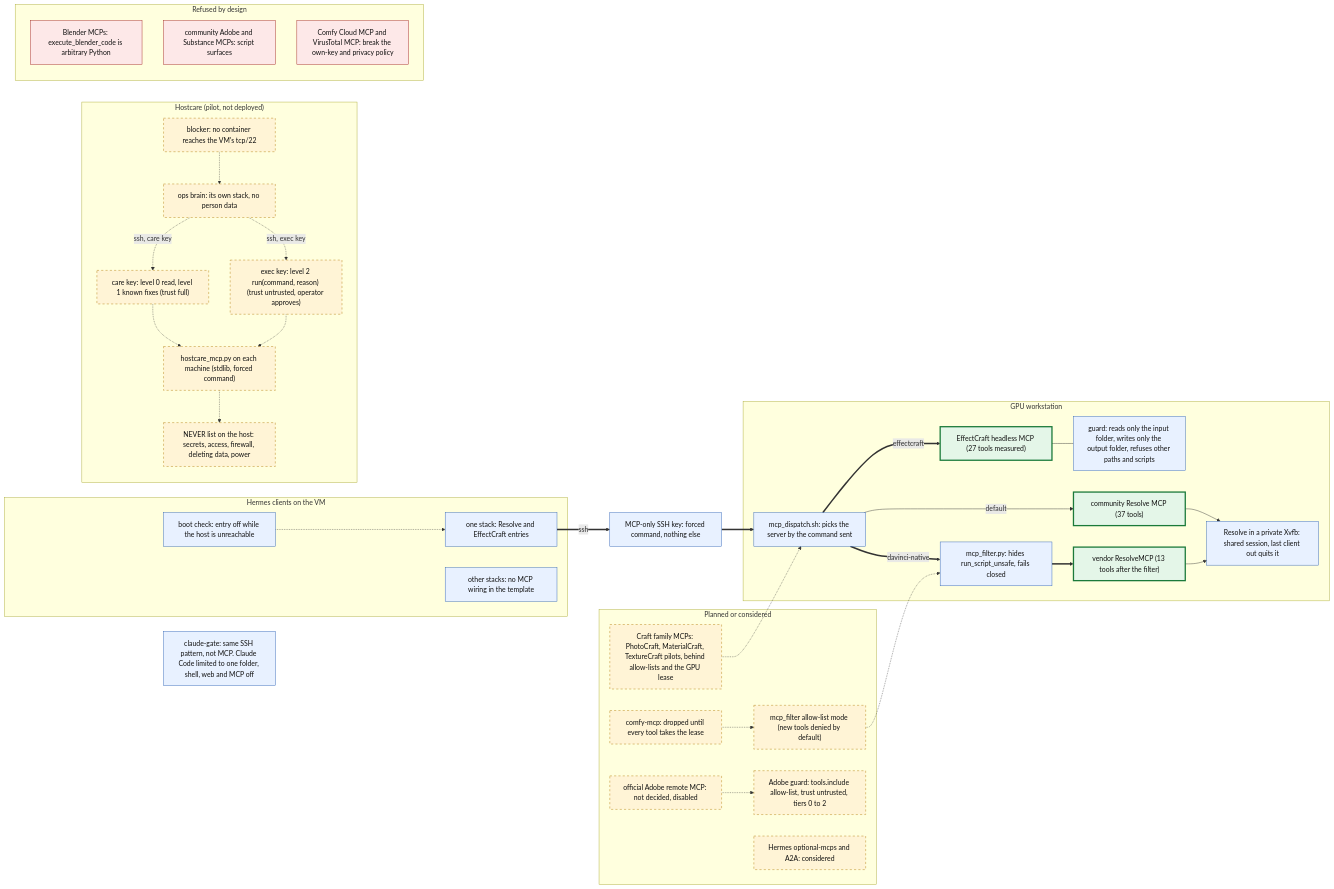
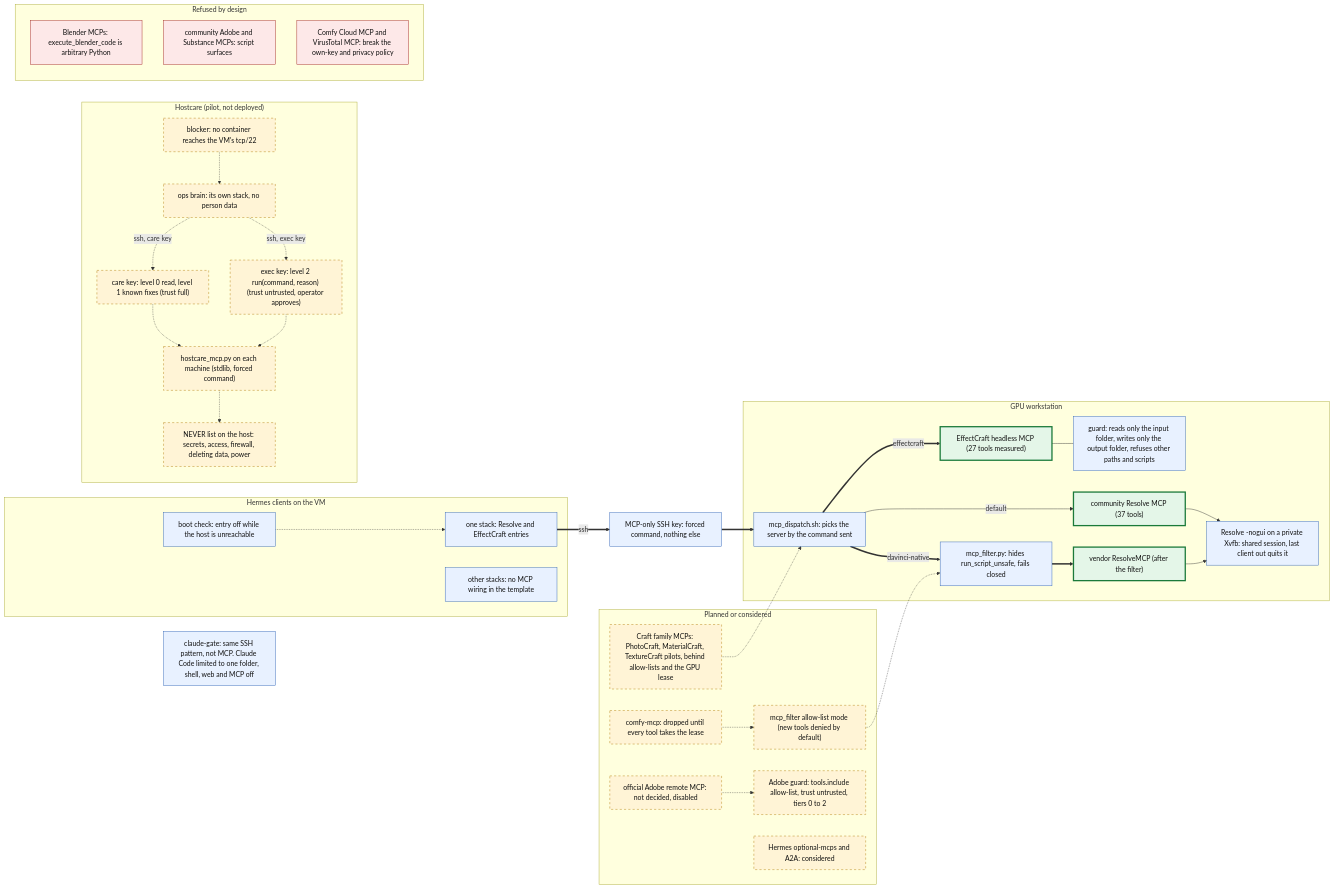
One commit to Wintch/bridgeai changed the third of 3 diagrams in aibridge/INTEGRATIONS_MAP.md. Above: the diagram before and after it, drawn with Mermaid. The commit also changed other lines of this file and 11 other files, not shown here.

First line of the commit message:
Resolve: shared -nogui session for both MCP servers; skill 1.3.1

````diff
--- a/aibridge/INTEGRATIONS_MAP.md
+++ b/aibridge/INTEGRATIONS_MAP.md
@@ -213,70 +213,70 @@
 ```mermaid
 flowchart LR
   subgraph CLI["Hermes clients on the VM"]
     C1["one stack: Resolve and EffectCraft entries"]
     C2["other stacks: no MCP wiring in the template"]
     C3["boot check: entry off while the host is unreachable"]
   end
   K1["MCP-only SSH key: forced command, nothing else"]
   subgraph WSN["GPU workstation"]
     D["mcp_dispatch.sh: picks the server by the command sent"]
     EC["EffectCraft headless MCP (27 tools measured)"]
     ECG["guard: reads only the input folder, writes only the output folder, refuses other paths and scripts"]
     RC["community Resolve MCP (37 tools)"]
     FL["mcp_filter.py: hides run_script_unsafe, fails closed"]
-    RV["vendor ResolveMCP (13 tools after the filter)"]
-    XV["Resolve in a private Xvfb: shared session, last client out quits it"]
+    RV["vendor ResolveMCP (after the filter)"]
+    XV["Resolve -nogui on a private Xvfb: shared session, last client out quits it"]
   end
   subgraph HCS["Hostcare (pilot, not deployed)"]
     HB["ops brain: its own stack, no person data"]
     HK1["care key: level 0 read, level 1 known fixes (trust full)"]
     HK2["exec key: level 2 run(command, reason) (trust untrusted, operator approves)"]
     HM["hostcare_mcp.py on each machine (stdlib, forced command)"]
     HN["NEVER list on the host: secrets, access, firewall, deleting data, power"]
     HBL["blocker: no container reaches the VM's tcp/22"]
   end
   CG["claude-gate: same SSH pattern, not MCP. Claude Code limited to one folder, shell, web and MCP off"]
   subgraph PLN["Planned or considered"]
     P1["mcp_filter allow-list mode (new tools denied by default)"]
     P2["Craft family MCPs: PhotoCraft, MaterialCraft, TextureCraft pilots, behind allow-lists and the GPU lease"]
     P3["official Adobe remote MCP: not decided, disabled"]
     P4["Adobe guard: tools.include allow-list, trust untrusted, tiers 0 to 2"]
     P5["comfy-mcp: dropped until every tool takes the lease"]
     P6["Hermes optional-mcps and A2A: considered"]
   end
   subgraph NO["Refused by design"]
     N1["Blender MCPs: execute_blender_code is arbitrary Python"]
     N2["community Adobe and Substance MCPs: script surfaces"]
     N3["Comfy Cloud MCP and VirusTotal MCP: break the own-key and privacy policy"]
   end
 
   C1 ==>|"ssh"| K1
   C3 -.-> C1
   K1 ==> D
   D ==>|"effectcraft"| EC
   EC --- ECG
   D -->|"default"| RC
   D ==>|"davinci-native"| FL
   FL ==> RV
   RC --> XV
   RV --> XV
   HB -.->|"ssh, care key"| HK1
   HB -.->|"ssh, exec key"| HK2
   HK1 -.-> HM
   HK2 -.-> HM
   HM -.-> HN
   HBL -.-> HB
   P1 -.-> FL
   P2 -.-> D
   P3 -.-> P4
   P5 -.-> P1
 
   classDef live fill:#e8f1ff,stroke:#2b5fb4,color:#111;
   classDef mcp fill:#e4f6e8,stroke:#1b7a3a,color:#111,stroke-width:3px;
   classDef planned fill:#fff4d6,stroke:#b07800,color:#111,stroke-dasharray: 5 5;
   classDef refused fill:#fde8e8,stroke:#a02020,color:#111;
   class C1,C2,C3,K1,D,ECG,FL,XV,CG live;
   class EC,RC,RV mcp;
   class HB,HK1,HK2,HM,HN,HBL,P1,P2,P3,P4,P5,P6 planned;
   class N1,N2,N3 refused;
 ```
````
